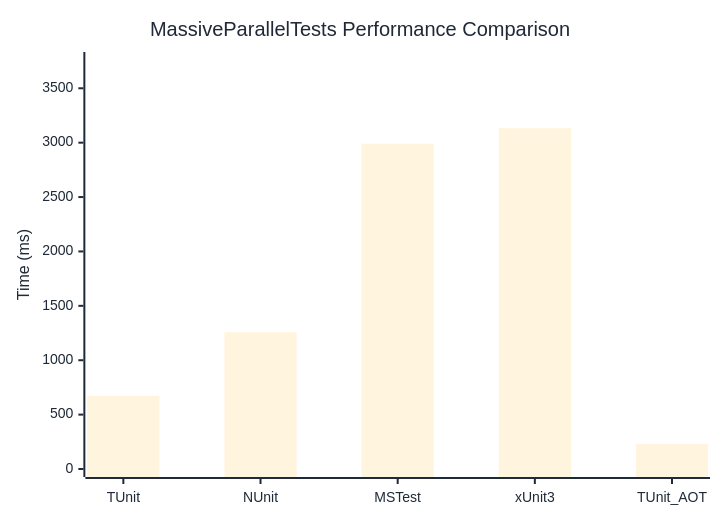
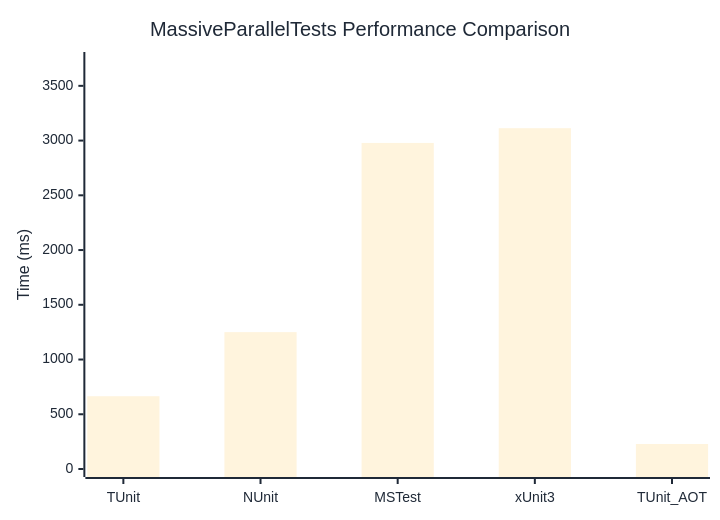
The diagram in docs/docs/benchmarks/MassiveParallelTests.md (thomhurst/TUnit), drawn with Mermaid before and after one commit. The commit also changed other lines of this file and 16 other files, not shown here.

````diff
--- a/docs/docs/benchmarks/MassiveParallelTests.md
+++ b/docs/docs/benchmarks/MassiveParallelTests.md
@@ -27,37 +27,37 @@
 ```mermaid
 %%{init: {
   'theme':'base',
   'themeVariables': {
     'primaryColor': '#2563eb',
     'primaryTextColor': '#1f2937',
     'primaryBorderColor': '#1e40af',
     'lineColor': '#6b7280',
     'secondaryColor': '#7c3aed',
     'tertiaryColor': '#dc2626',
     'background': '#ffffff',
     'mainBkg': '#2563eb',
     'secondBkg': '#7c3aed',
     'tertiaryBkg': '#dc2626',
     'clusterBkg': '#f3f4f6',
     'edgeLabelBackground': '#ffffff',
     'tertiaryTextColor': '#1f2937',
     'pie1': '#2563eb',
     'pie2': '#7c3aed',
     'pie3': '#dc2626',
     'pie4': '#f59e0b',
     'pie5': '#10b981',
     'pie6': '#06b6d4',
     'pie7': '#ec4899',
     'pie8': '#6366f1',
     'pie9': '#84cc16',
     'pie10': '#f97316',
     'pie11': '#14b8a6',
     'pie12': '#a855f7'
   }
 }}%%
 xychart-beta
   title "MassiveParallelTests Performance Comparison"
   x-axis ["TUnit", "NUnit", "MSTest", "xUnit3", "TUnit_AOT"]
-  y-axis "Time (ms)" 0 --> 3760
-  bar [673, 1257.8, 2990.7, 3132.9, 228.5]
+  y-axis "Time (ms)" 0 --> 3736
+  bar [664.9, 1250.3, 2978.5, 3113.2, 228.5]
 ```
````
